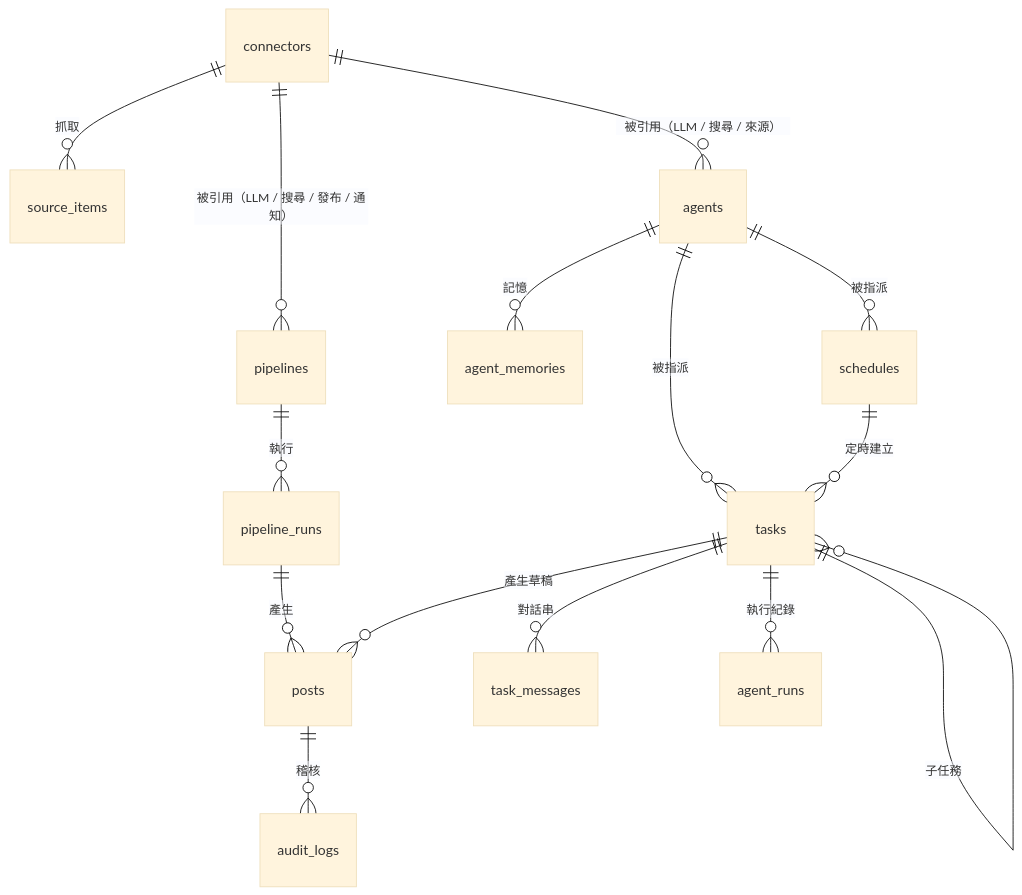
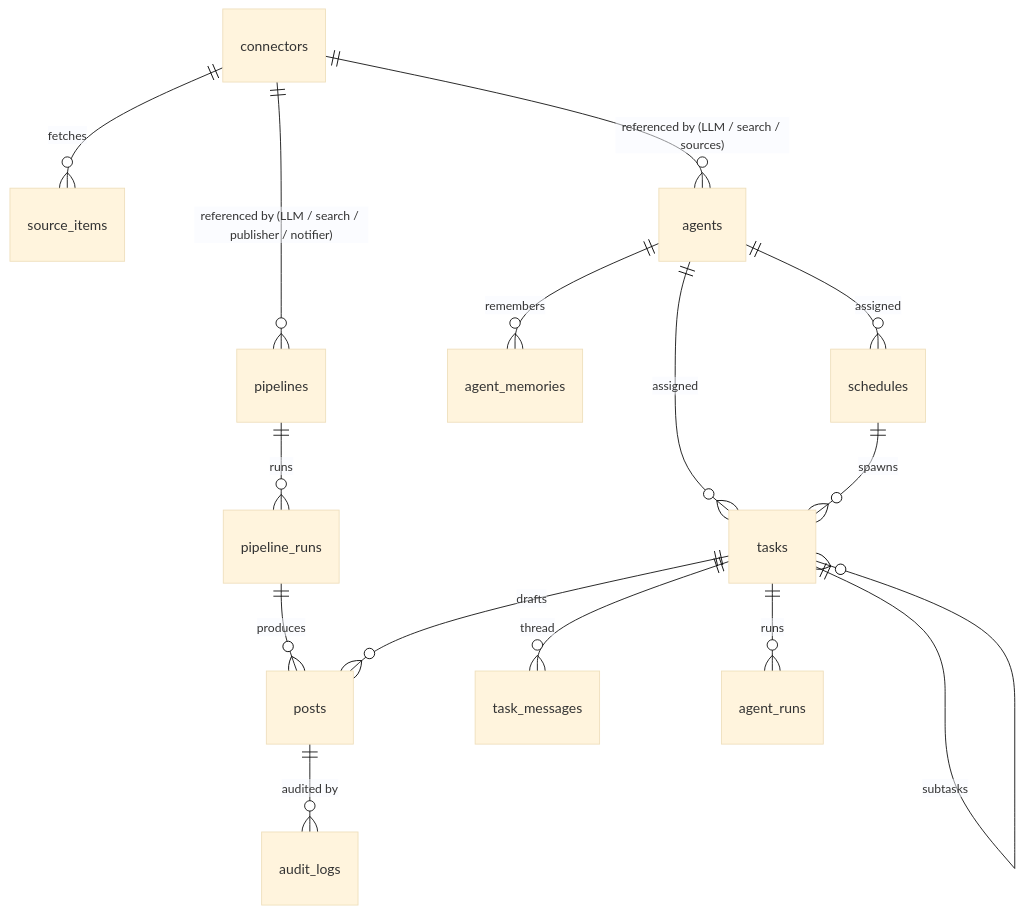
One commit to j75689/cueflow changed the third of 6 diagrams in docs/architecture.md. Above: the diagram before and after it, drawn with Mermaid (base theme). The commit also changed other lines of this file and 20 other files, not shown here.

````diff
--- a/docs/architecture.md
+++ b/docs/architecture.md
@@ -161,17 +164,17 @@
 ```mermaid
 erDiagram
-    connectors ||--o{ source_items : "抓取"
-    connectors ||--o{ pipelines : "被引用（LLM / 搜尋 / 發布 / 通知）"
-    connectors ||--o{ agents : "被引用（LLM / 搜尋 / 來源）"
-    pipelines ||--o{ pipeline_runs : "執行"
-    pipeline_runs ||--o{ posts : "產生"
-    posts ||--o{ audit_logs : "稽核"
-    agents ||--o{ agent_memories : "記憶"
-    agents ||--o{ tasks : "被指派"
-    tasks ||--o{ tasks : "子任務"
-    tasks ||--o{ task_messages : "對話串"
-    tasks ||--o{ agent_runs : "執行紀錄"
-    tasks ||--o{ posts : "產生草稿"
-    schedules ||--o{ tasks : "定時建立"
-    agents ||--o{ schedules : "被指派"
+    connectors ||--o{ source_items : "fetches"
+    connectors ||--o{ pipelines : "referenced by (LLM / search / publisher / notifier)"
+    connectors ||--o{ agents : "referenced by (LLM / search / sources)"
+    pipelines ||--o{ pipeline_runs : "runs"
+    pipeline_runs ||--o{ posts : "produces"
+    posts ||--o{ audit_logs : "audited by"
+    agents ||--o{ agent_memories : "remembers"
+    agents ||--o{ tasks : "assigned"
+    tasks ||--o{ tasks : "subtasks"
+    tasks ||--o{ task_messages : "thread"
+    tasks ||--o{ agent_runs : "runs"
+    tasks ||--o{ posts : "drafts"
+    schedules ||--o{ tasks : "spawns"
+    agents ||--o{ schedules : "assigned"
 ```
````
